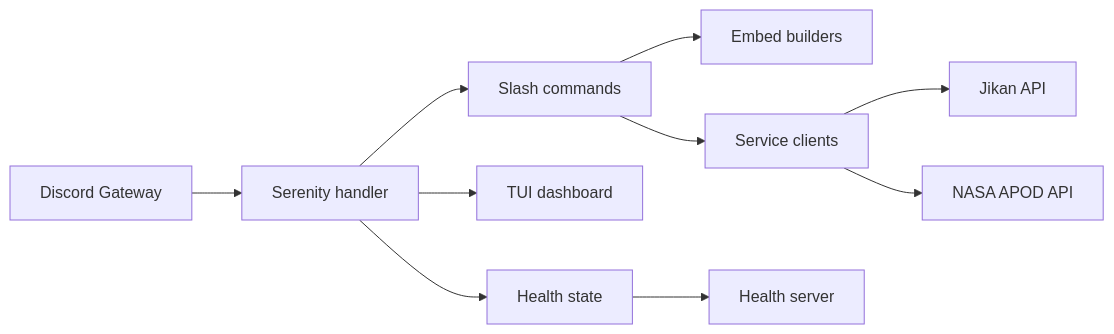
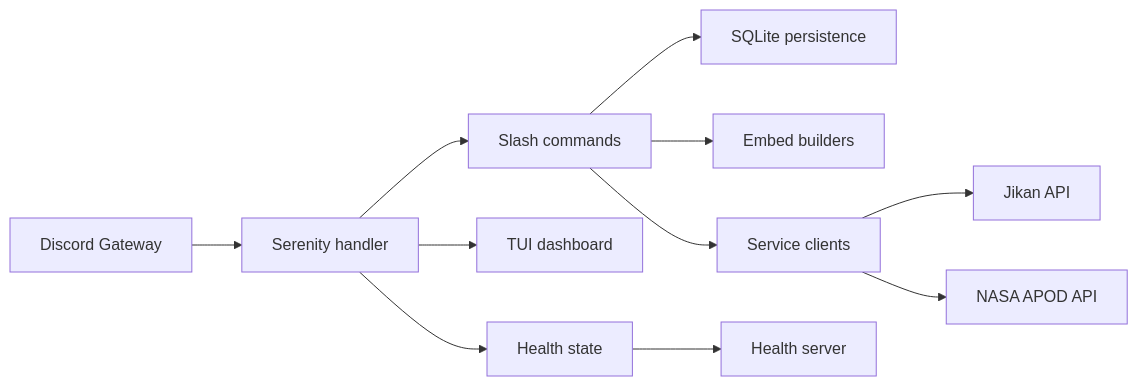
One commit to nathan2slime/seris changed the diagram in docs/architecture.md. Above: the diagram before and after it, drawn with Mermaid. The commit also changed other lines of this file and 16 other files, not shown here.

Commit message:
feat(storage): add sqlite persistence

````diff
--- a/docs/architecture.md
+++ b/docs/architecture.md
@@ -5,12 +5,13 @@
 ```mermaid
 flowchart LR
   Discord[Discord Gateway] --> Handler[Serenity handler]
   Handler --> Commands[Slash commands]
+  Commands --> Database[SQLite persistence]
   Commands --> Embeds[Embed builders]
   Commands --> Services[Service clients]
   Services --> Jikan[Jikan API]
   Services --> NASA[NASA APOD API]
   Handler --> Dashboard[TUI dashboard]
   Handler --> Health[Health state]
   Health --> HealthHTTP[Health server]
 ```
````
